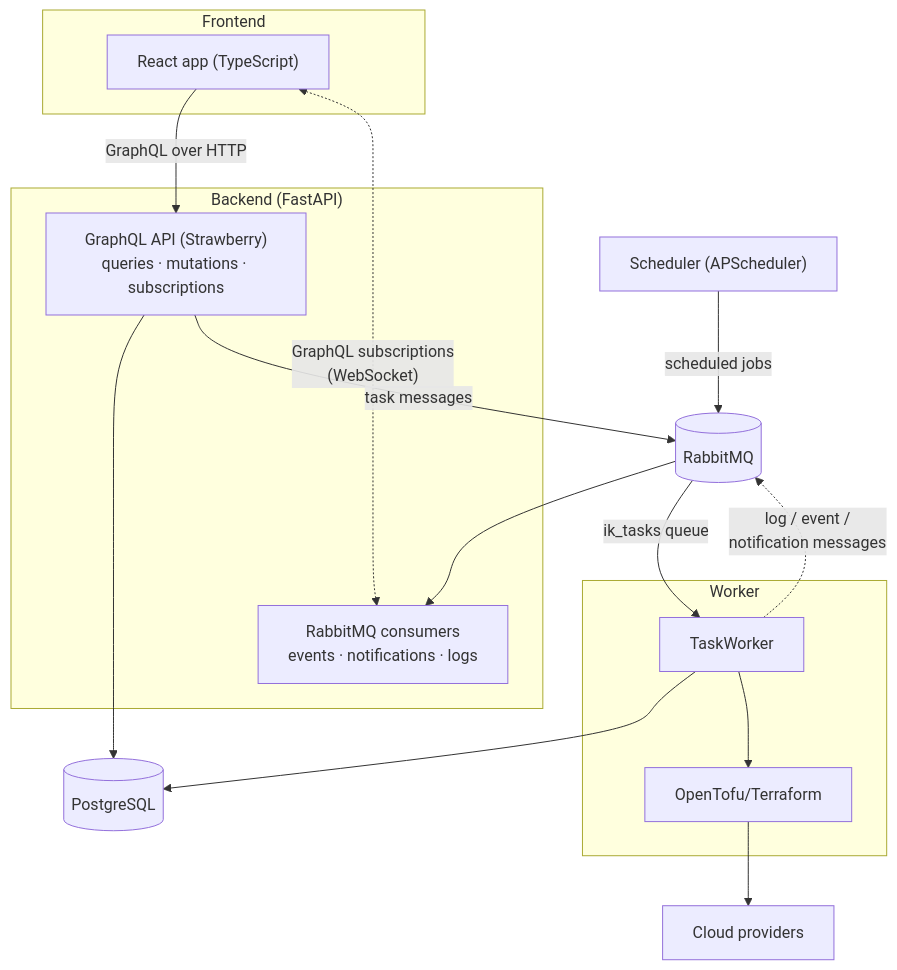
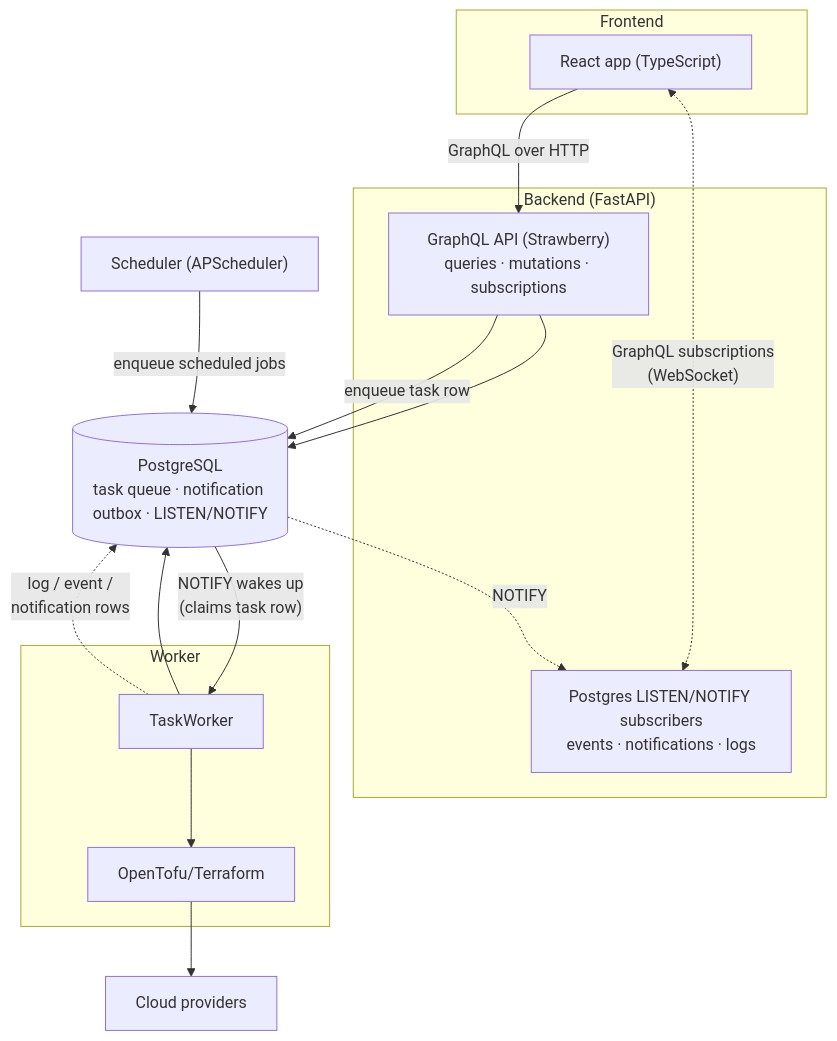
One commit to electrolux-oss/infrakitchen changed the first of 5 diagrams in docs/architecture.mdx. Above: the diagram before and after it, drawn with Mermaid. The commit also changed other lines of this file and 4 other files, not shown here.

````diff
--- a/docs/architecture.mdx
+++ b/docs/architecture.mdx
@@ -12,38 +12,37 @@
 ```mermaid
 ---
 config:
   themeVariables:
     fontFamily: "ui-sans-serif, system-ui, sans-serif"
 ---
 flowchart TD
     subgraph Frontend
         UI["React app (TypeScript)"]
     end
 
     subgraph Backend["Backend (FastAPI)"]
         GQL["GraphQL API (Strawberry)<br/>queries · mutations · subscriptions"]
-        CONSUMERS["RabbitMQ consumers<br/>events · notifications · logs"]
+        CONSUMERS["Postgres LISTEN/NOTIFY subscribers<br/>events · notifications · logs"]
     end
 
     subgraph Worker["Worker"]
         TW["TaskWorker"]
         TOFU["OpenTofu/Terraform"]
     end
 
     SCH["Scheduler (APScheduler)"]
-    DB[("PostgreSQL")]
-    RMQ[("RabbitMQ")]
+    DB[("PostgreSQL<br/>task queue · notification outbox · LISTEN/NOTIFY")]
     CLOUD["Cloud providers"]
 
     UI -->|"GraphQL over HTTP"| GQL
     UI <-.->|"GraphQL subscriptions<br/>(WebSocket)"| CONSUMERS
     GQL --> DB
-    GQL -->|"task messages"| RMQ
-    SCH -->|"scheduled jobs"| RMQ
-    RMQ -->|"ik_tasks queue"| TW
+    GQL -->|"enqueue task row"| DB
+    SCH -->|"enqueue scheduled jobs"| DB
+    DB -->|"NOTIFY wakes up<br/>(claims task row)"| TW
     TW --> DB
     TW --> TOFU
     TOFU --> CLOUD
-    TW -.->|"log / event /<br/>notification messages"| RMQ
-    RMQ --> CONSUMERS
+    TW -.->|"log / event /<br/>notification rows"| DB
+    DB -.->|"NOTIFY"| CONSUMERS
 ```
````
